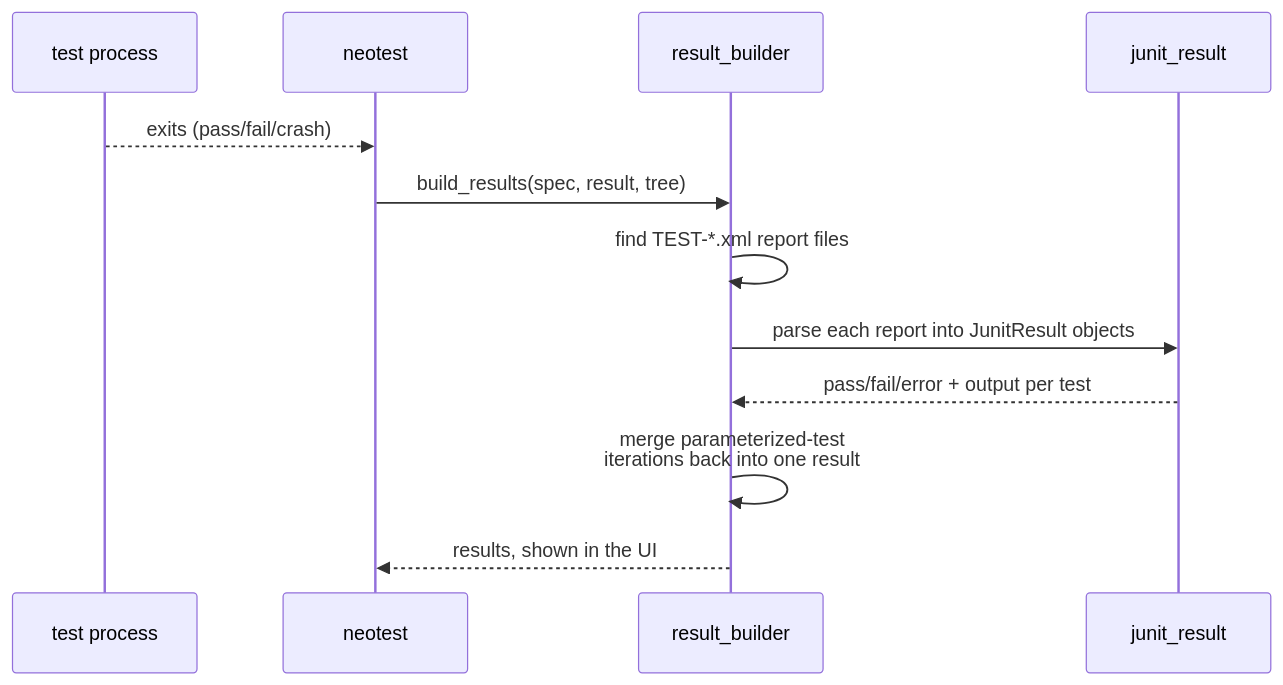
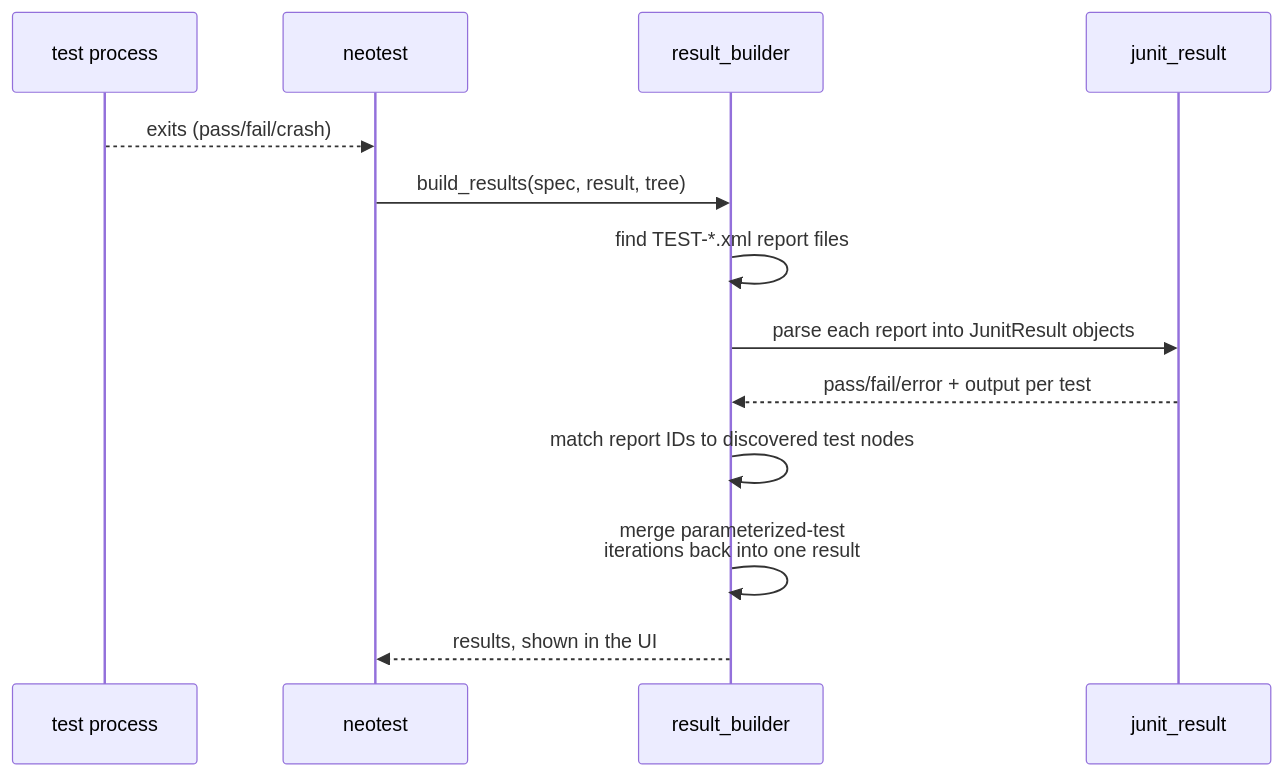
The third of 5 diagrams in ARCHITECTURE.md (rcasia/neotest-java), drawn with Mermaid before and after one commit. The commit also changed other lines of this file and 3 other files, not shown here.

Commit message:
fix(result_builder): match single-test results to discovered IDs (#339)

````diff
--- a/ARCHITECTURE.md
+++ b/ARCHITECTURE.md
@@ -121,15 +121,16 @@
 ```mermaid
 sequenceDiagram
     participant process as test process
     participant neotest
     participant rb as result_builder
     participant jr as junit_result
 
     process-->>neotest: exits (pass/fail/crash)
     neotest->>rb: build_results(spec, result, tree)
     rb->>rb: find TEST-*.xml report files
     rb->>jr: parse each report into JunitResult objects
     jr-->>rb: pass/fail/error + output per test
+    rb->>rb: match report IDs to discovered test nodes
     rb->>rb: merge parameterized-test<br/>iterations back into one result
     rb-->>neotest: results, shown in the UI
 ```
````
